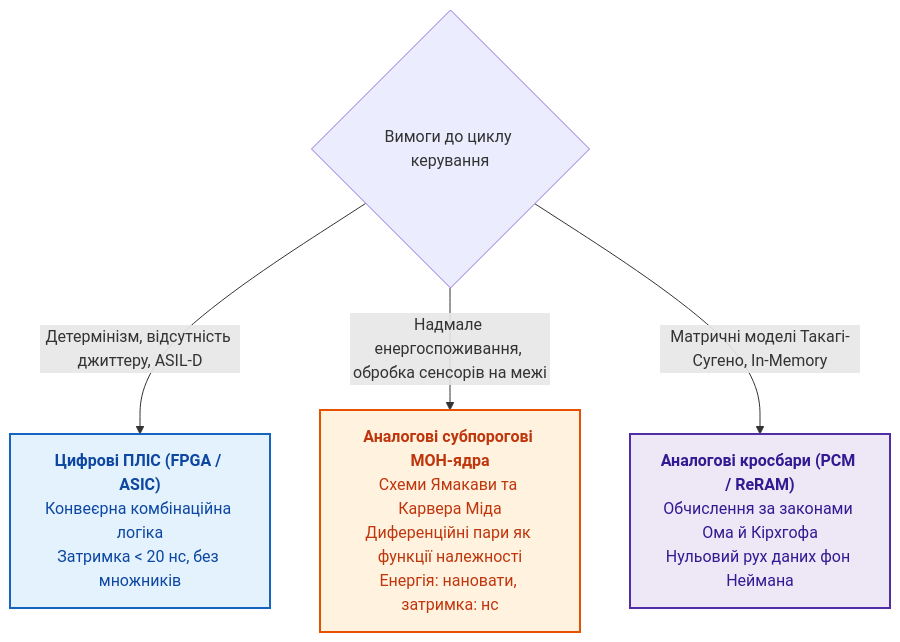
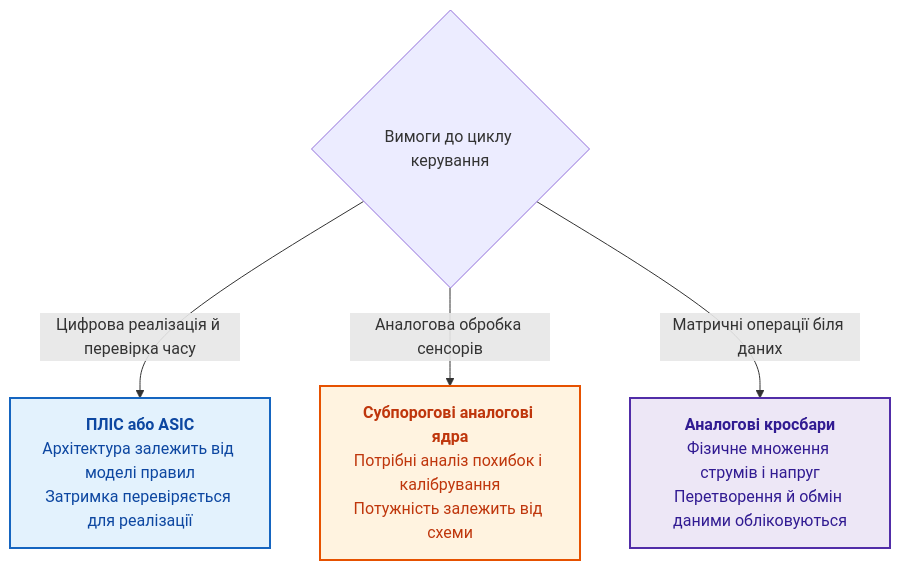
The eighth of 13 diagrams in ExpertSystem/ch06-applied-mathematics-for-expert-systems.md (nick-fedchik/articles), drawn with Mermaid before and after one commit. The commit also changed other lines of this file and 19 other files, not shown here.

````diff
--- a/ExpertSystem/ch06-applied-mathematics-for-expert-systems.md
+++ b/ExpertSystem/ch06-applied-mathematics-for-expert-systems.md
@@ -1077,17 +1179,17 @@
 ```mermaid
 flowchart TD
     accTitle: Спектр апаратних засобів для нечітких обчислень
     accDescr: Класифікація апаратних засобів за детермінізмом, затримкою та енергоспоживанням від FPGA до субпорогового аналогового кремнію.
 
-    REQ{"Вимоги до циклу керування"} -->|Детермінізм, відсутність джиттеру, ASIL-D| FPGA["<b>Цифрові ПЛІС (FPGA / ASIC)</b><br/>Конвеєрна комбінаційна логіка<br/>Затримка < 20 нс, без множників"]
-    REQ -->|Надмале енергоспоживання, обробка сенсорів на межі| ANALOG["<b>Аналогові субпорогові МОН-ядра</b><br/>Схеми Ямакави та Карвера Міда<br/>Диференційні пари як функції належності<br/>Енергія: нановати, затримка: нс"]
-    REQ -->|Матричні моделі Такагі-Сугено, In-Memory| MEM["<b>Аналогові кросбари (PCM / ReRAM)</b><br/>Обчислення за законами Ома й Кірхгофа<br/>Нульовий рух даних фон Неймана"]
+    REQ{"Вимоги до циклу керування"} -->|"Цифрова реалізація й перевірка часу"| FPGA["<b>ПЛІС або ASIC</b><br/>Архітектура залежить від моделі правил<br/>Затримка перевіряється для реалізації"]
+    REQ -->|"Аналогова обробка сенсорів"| ANALOG["<b>Субпорогові аналогові ядра</b><br/>Потрібні аналіз похибок і калібрування<br/>Потужність залежить від схеми"]
+    REQ -->|"Матричні операції біля даних"| MEM["<b>Аналогові кросбари</b><br/>Фізичне множення струмів і напруг<br/>Перетворення й обмін даними обліковуються"]
 
     classDef fpga fill:#e3f2fd,stroke:#1565c0,stroke-width:2px,color:#0d47a1;
     classDef ana fill:#fff3e0,stroke:#e65100,stroke-width:2px,color:#bf360c;
     classDef mem fill:#ede7f6,stroke:#512da8,stroke-width:2px,color:#311b92;
 
     class FPGA fpga;
     class ANALOG ana;
     class MEM mem;
 ```
````
